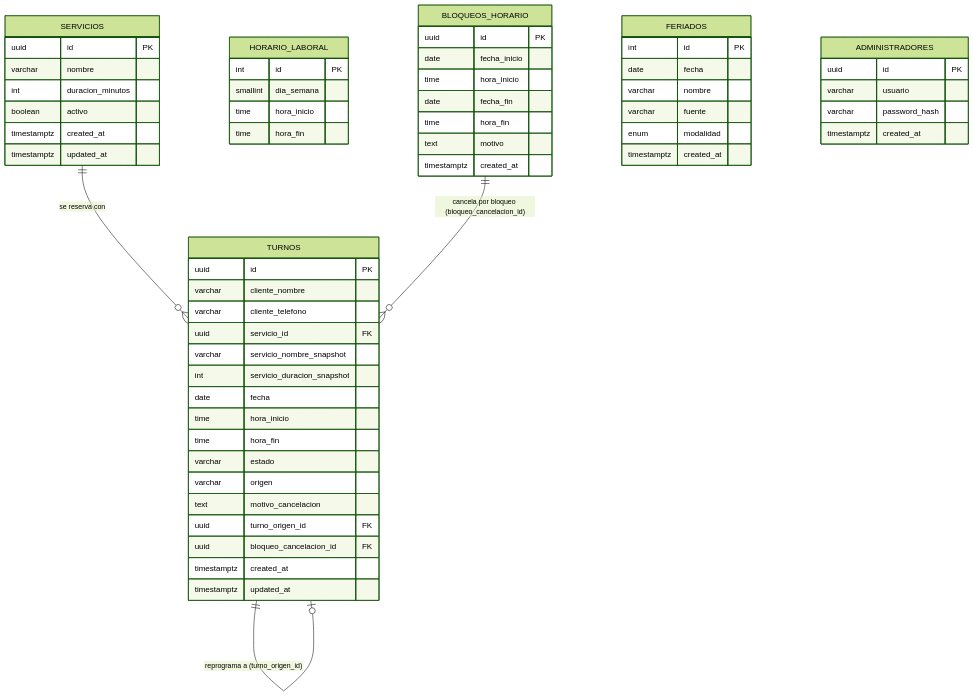
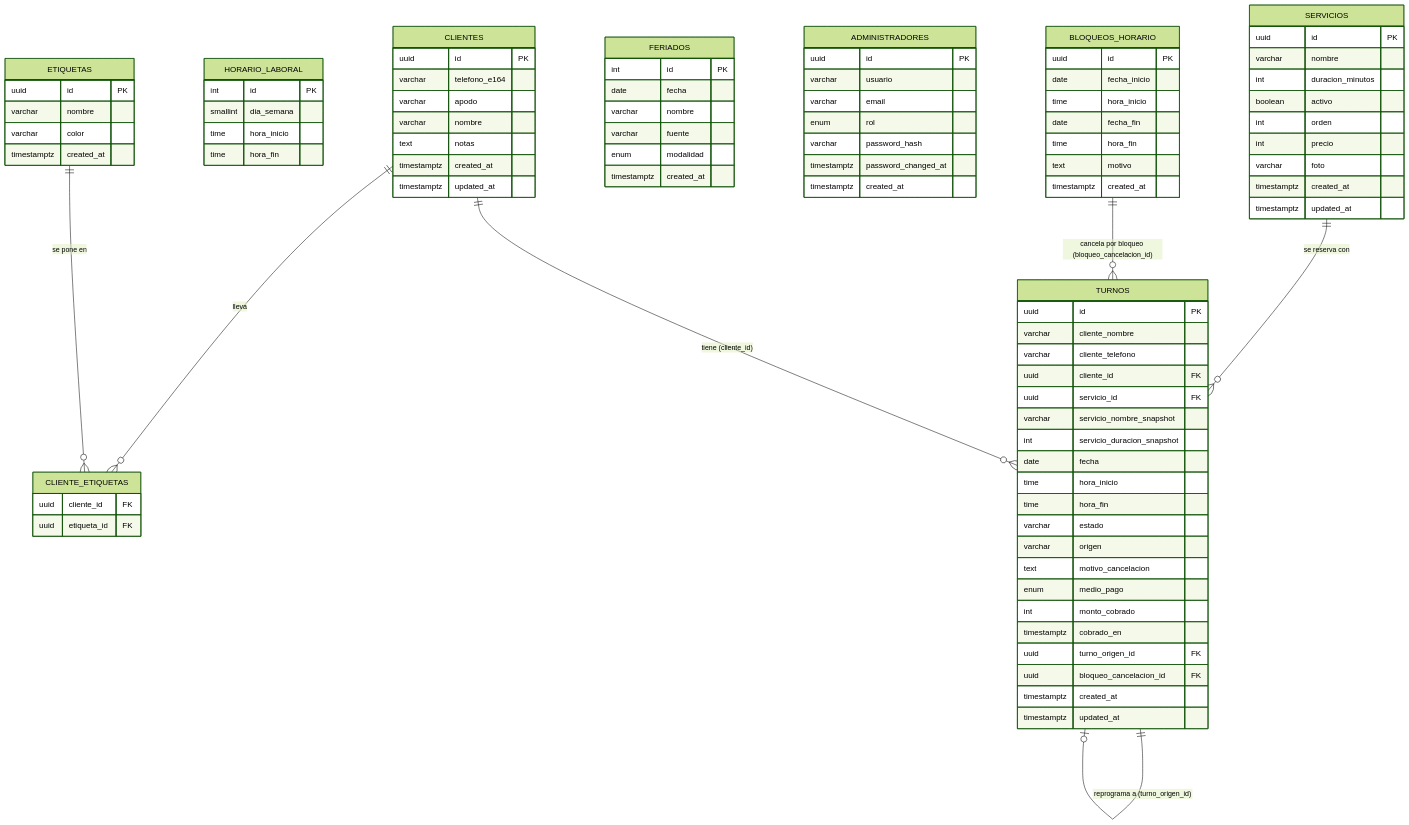
Before and after one commit to francorossi0811/Peluqueria_turnero: the diagram in Docs/modelo-datos.md, drawn with Mermaid (forest theme). The commit also changed other lines of this file and 80 other files, not shown here.

````diff
--- a/Docs/modelo-datos.md
+++ b/Docs/modelo-datos.md
@@ -12,6 +12,9 @@
         varchar nombre
         int duracion_minutos
         boolean activo
+        int orden
+        int precio
+        varchar foto
         timestamptz created_at
         timestamptz updated_at
     }
@@ -45,14 +48,40 @@
     ADMINISTRADORES {
         uuid id PK
         varchar usuario
+        varchar email
+        enum rol
         varchar password_hash
+        timestamptz password_changed_at
         timestamptz created_at
+    }
+
+    CLIENTES {
+        uuid id PK
+        varchar telefono_e164
+        varchar apodo
+        varchar nombre
+        text notas
+        timestamptz created_at
+        timestamptz updated_at
+    }
+
+    ETIQUETAS {
+        uuid id PK
+        varchar nombre
+        varchar color
+        timestamptz created_at
+    }
+
+    CLIENTE_ETIQUETAS {
+        uuid cliente_id FK
+        uuid etiqueta_id FK
     }
 
     TURNOS {
         uuid id PK
         varchar cliente_nombre
         varchar cliente_telefono
+        uuid cliente_id FK
         uuid servicio_id FK
         varchar servicio_nombre_snapshot
         int servicio_duracion_snapshot
@@ -62,6 +91,9 @@
         varchar estado
         varchar origen
         text motivo_cancelacion
+        enum medio_pago
+        int monto_cobrado
+        timestamptz cobrado_en
         uuid turno_origen_id FK
         uuid bloqueo_cancelacion_id FK
         timestamptz created_at
@@ -71,4 +103,7 @@
     SERVICIOS ||--o{ TURNOS : "se reserva con"
     TURNOS ||--o| TURNOS : "reprograma a (turno_origen_id)"
     BLOQUEOS_HORARIO ||--o{ TURNOS : "cancela por bloqueo (bloqueo_cancelacion_id)"
+    CLIENTES ||--o{ TURNOS : "tiene (cliente_id)"
+    CLIENTES ||--o{ CLIENTE_ETIQUETAS : "lleva"
+    ETIQUETAS ||--o{ CLIENTE_ETIQUETAS : "se pone en"
 ```
````
